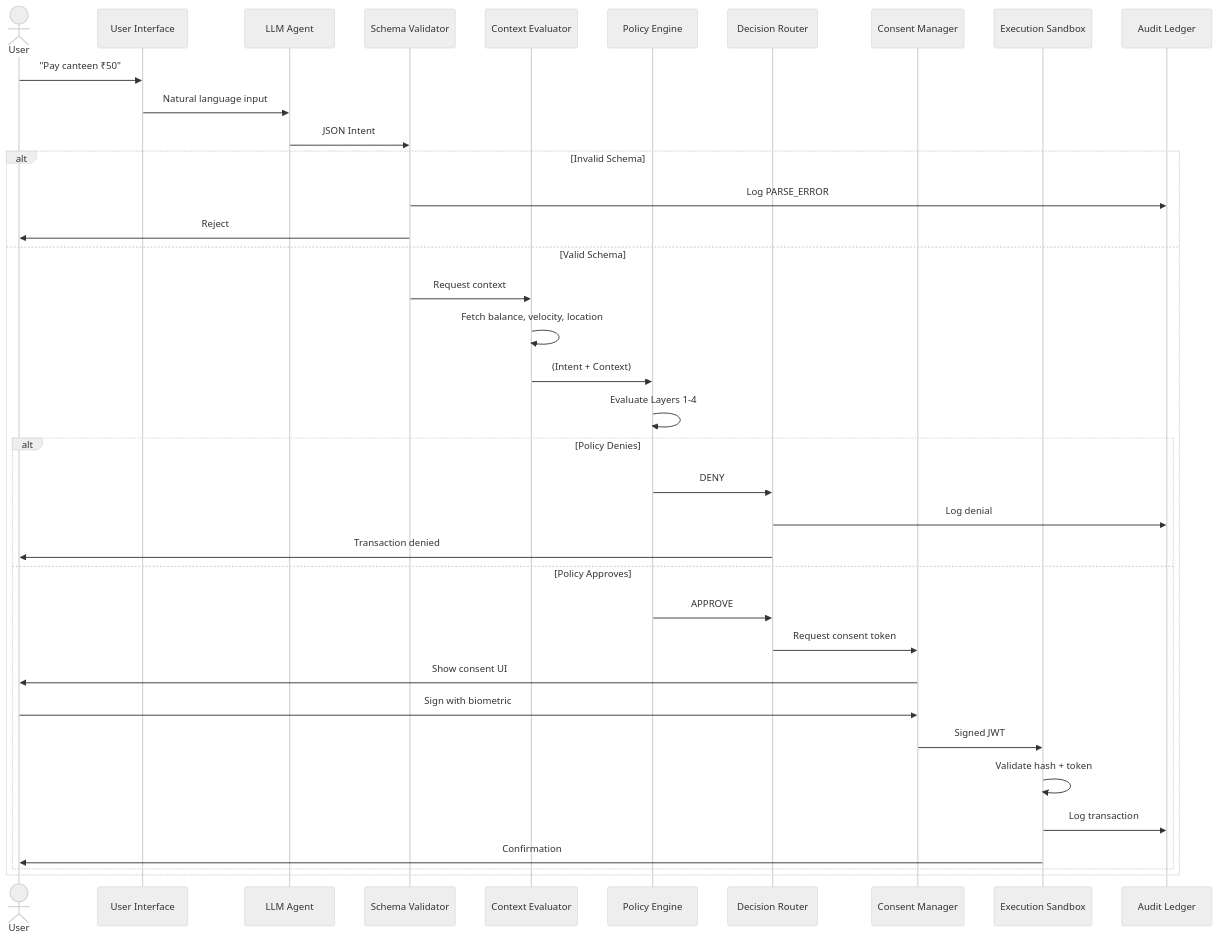
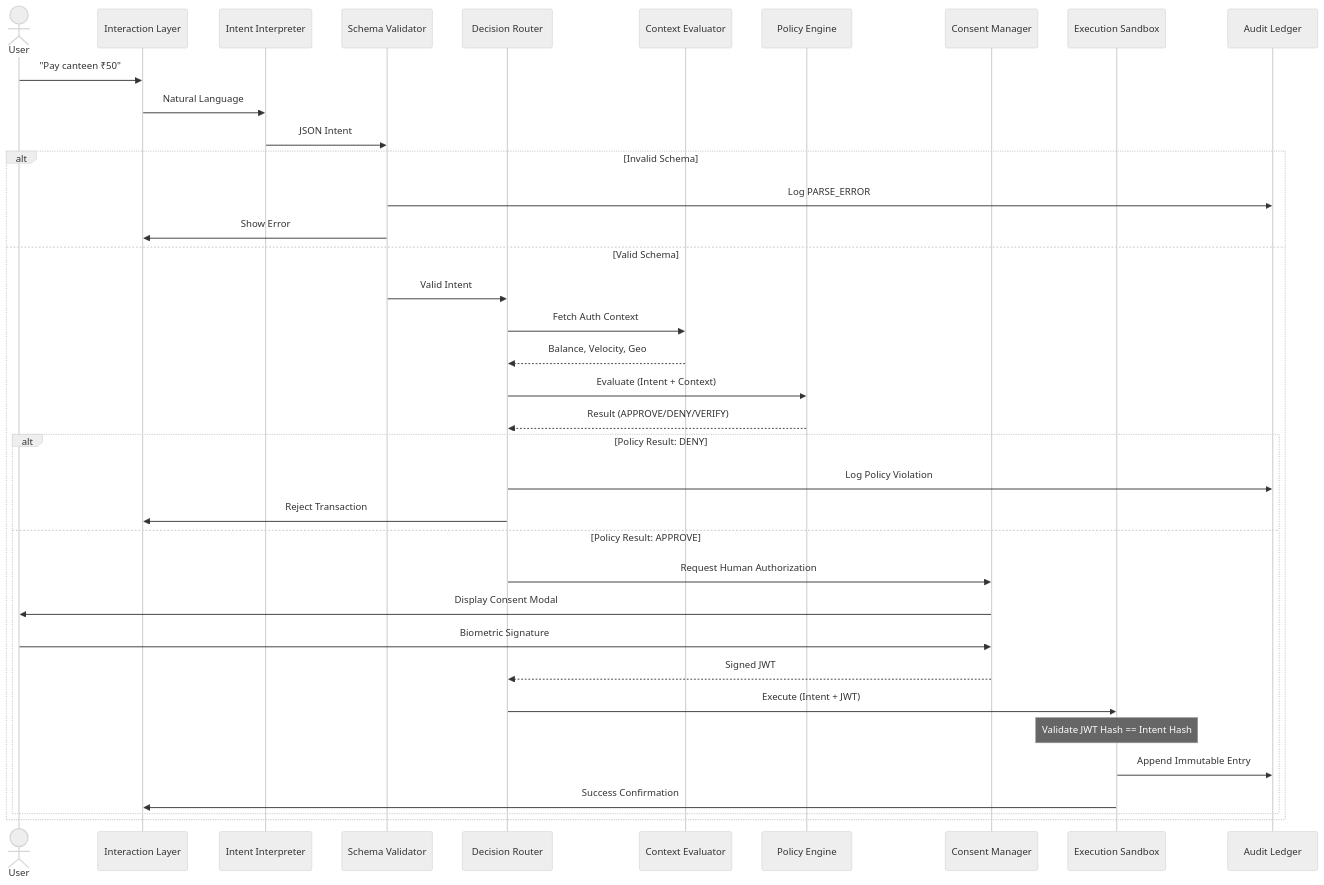
One commit to palxsh01/CAPS changed the sixth of 8 diagrams in Readme.md. Above: the diagram before and after it, drawn with Mermaid (neutral theme). The commit also changed other lines of this file and 14 other files, not shown here.

````diff
--- a/Readme.md
+++ b/Readme.md
@@ -319,42 +318,43 @@
 ```mermaid
 sequenceDiagram
     actor User
-    participant UI as User Interface
-    participant LLM as LLM Agent
-    participant Validator as Schema Validator
+    participant UI as Interaction Layer
+    participant LLM as Intent Interpreter
+    participant Val as Schema Validator
+    participant Router as Decision Router
     participant Context as Context Evaluator
     participant Policy as Policy Engine
     participant Router as Decision Router
     participant Consent as Consent Manager
     participant Sandbox as Execution Sandbox
     participant Ledger as Audit Ledger
     
     User->>UI: "Pay canteen ₹50"
-    UI->>LLM: Natural language input
-    LLM->>Validator: JSON Intent
+    UI->>LLM: Natural Language
+    LLM->>Val: JSON Intent
     
     alt Invalid Schema
-        Validator->>Ledger: Log PARSE_ERROR
-        Validator->>User: Reject
+        Val->>Ledger: Log PARSE_ERROR
+        Val->>UI: Show Error
     else Valid Schema
-        Validator->>Context: Request context
-        Context->>Context: Fetch balance, velocity, location
-        Context->>Policy: (Intent + Context)
-        Policy->>Policy: Evaluate Layers 1-4
+        Val->>Router: Valid Intent
+        Router->>Context: Fetch Auth Context
+        Context-->>Router: Balance, Velocity, Geo
+        Router->>Policy: Evaluate (Intent + Context)
+        Policy-->>Router: Result (APPROVE/DENY/VERIFY)
         
-        alt Policy Denies
-            Policy->>Router: DENY
-            Router->>Ledger: Log denial
-            Router->>User: Transaction denied
-        else Policy Approves
-            Policy->>Router: APPROVE
-            Router->>Consent: Request consent token
-            Consent->>User: Show consent UI
-            User->>Consent: Sign with biometric
-            Consent->>Sandbox: Signed JWT
-            Sandbox->>Sandbox: Validate hash + token
-            Sandbox->>Ledger: Log transaction
-            Sandbox->>User: Confirmation
+        alt Policy Result: DENY
+            Router->>Ledger: Log Policy Violation
+            Router->>UI: Reject Transaction
+        else Policy Result: APPROVE
+            Router->>Consent: Request Human Authorization
+            Consent->>User: Display Consent Modal
+            User->>Consent: Biometric Signature
+            Consent-->>Router: Signed JWT
+            Router->>Sandbox: Execute (Intent + JWT)
+            Note over Sandbox: Validate JWT Hash == Intent Hash
+            Sandbox->>Ledger: Append Immutable Entry
+            Sandbox->>UI: Success Confirmation
         end
     end
 ```
````
